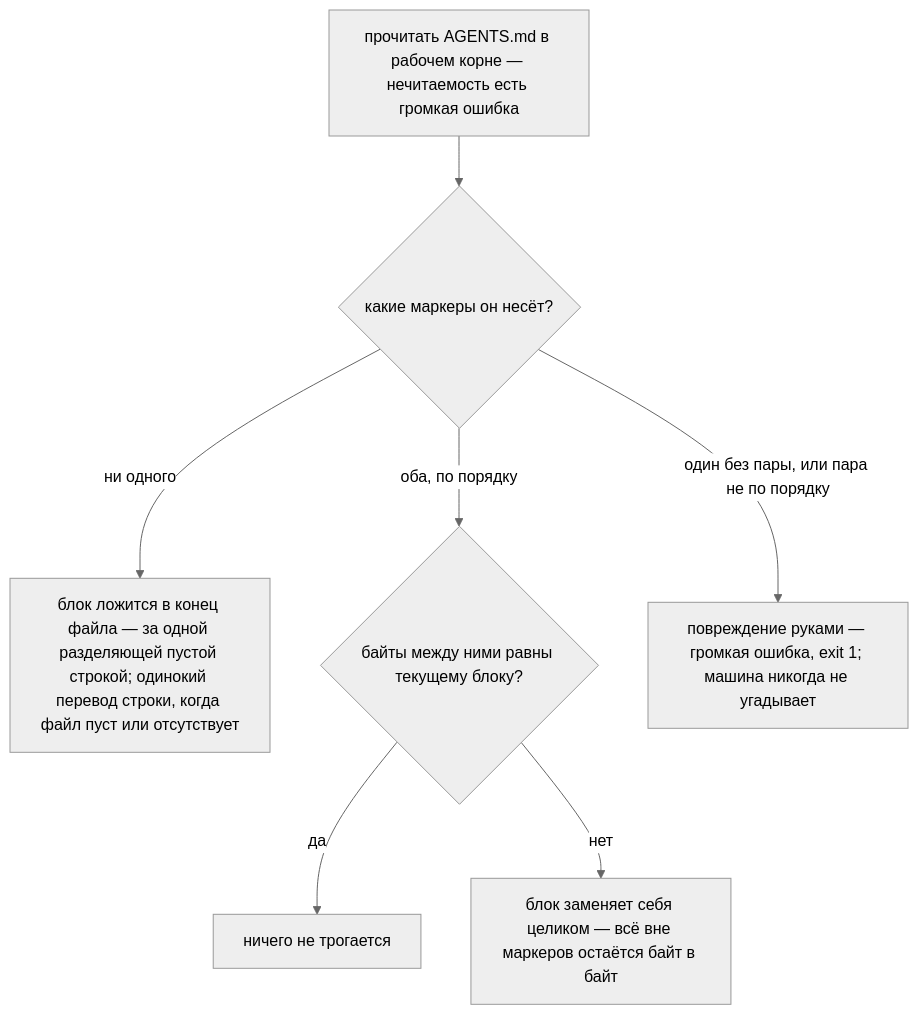
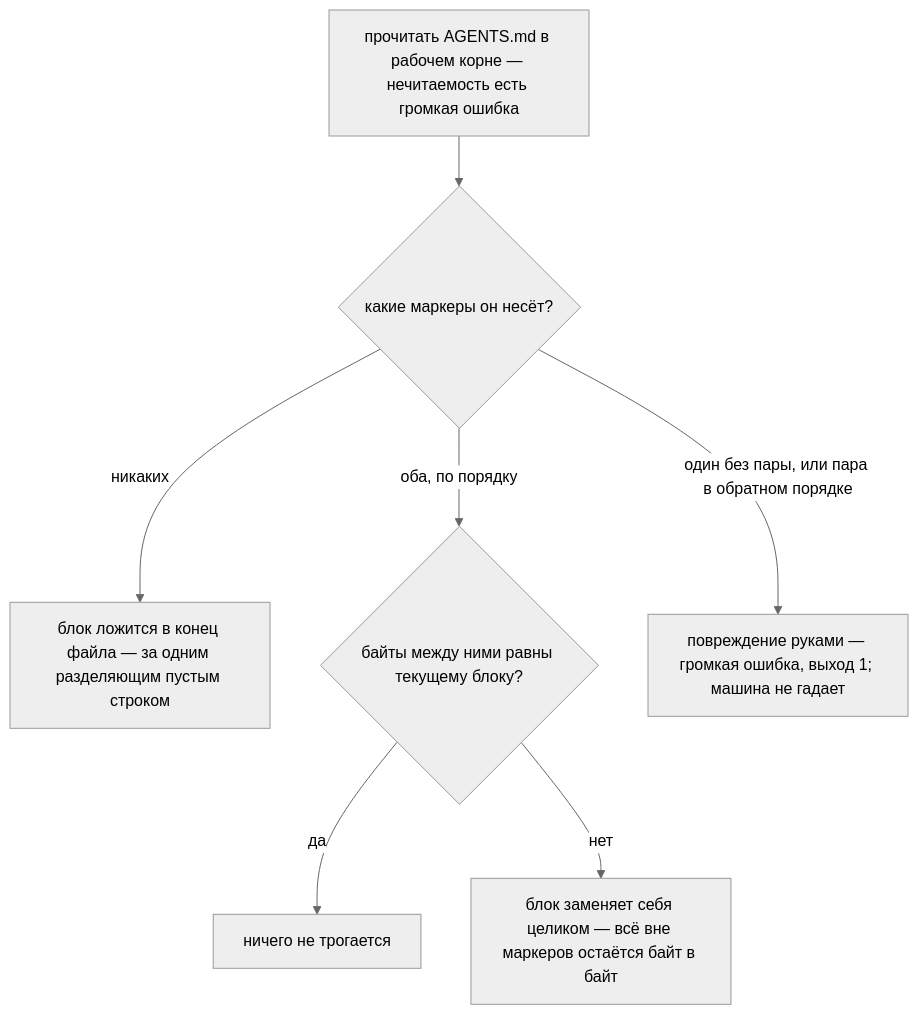
The eighth of 9 diagrams in docs/ARCHITECTURE.ru.md (neurophant/punchtape), drawn with Mermaid (neutral theme) before and after one commit. The commit also changed other lines of this file and 80 other files, not shown here.

````diff
--- a/docs/ARCHITECTURE.ru.md
+++ b/docs/ARCHITECTURE.ru.md
@@ -575,9 +726,9 @@
 ```mermaid
 flowchart TD
     R["прочитать AGENTS.md в рабочем корне — нечитаемость есть громкая ошибка"] --> M{"какие маркеры он несёт?"}
-    M -- "ни одного" --> APP["блок ложится в конец файла — за одной разделяющей пустой строкой; одинокий перевод строки, когда файл пуст или отсутствует"]
+    M -- "никаких" --> APP["блок ложится в конец файла — за одним разделяющим пустым строком"]
     M -- "оба, по порядку" --> EQ{"байты между ними равны текущему блоку?"}
     EQ -- "да" --> NOP["ничего не трогается"]
     EQ -- "нет" --> REP["блок заменяет себя целиком — всё вне маркеров остаётся байт в байт"]
-    M -- "один без пары, или пара не по порядку" --> ERR["повреждение руками — громкая ошибка, exit 1; машина никогда не угадывает"]
+    M -- "один без пары, или пара в обратном порядке" --> ERR["повреждение руками — громкая ошибка, выход 1; машина не гадает"]
 ```
````
